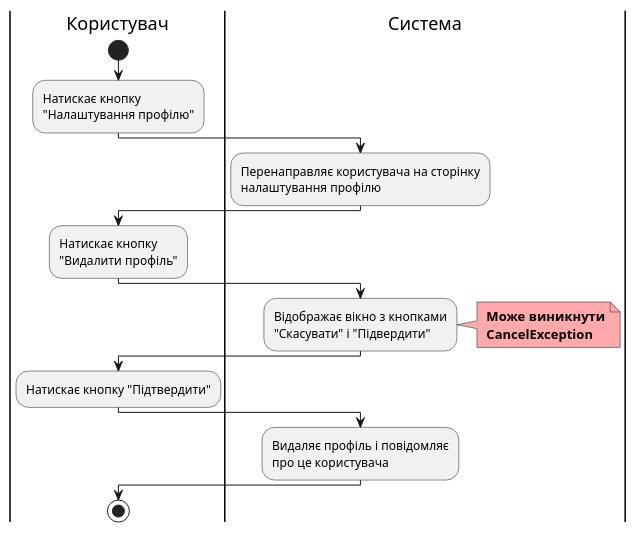
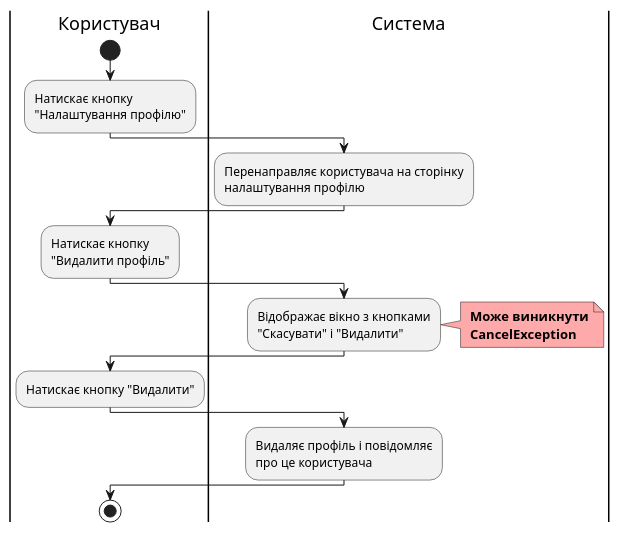
The eighth of 23 diagrams in docs/use cases/README.md (samoilenkomariia/db-coursework), drawn with PlantUML before and after one commit. The commit also changed other lines of this file, not shown here.

```diff
--- a/docs/use cases/README.md
+++ b/docs/use cases/README.md
@@ -339,29 +339,29 @@
 @startuml
 
 
     |Користувач|
       start;
         :Натискає кнопку\n"Налаштування профілю";
     |Система|
         :Перенаправляє користувача на сторінку\nналаштування профілю;
         
     |Користувач|
         :Натискає кнопку\n"Видалити профіль";
 
     |Система|
-        :Відображає вікно з кнопками\n"Скасувати" і "Підвердити";
+        :Відображає вікно з кнопками\n"Скасувати" і "Видалити";
         note right #ffaaaa
         <b> Може виникнути
         <b> CancelException
         end note
 
     |Користувач|
-        :Натискає кнопку "Підтвердити";
+        :Натискає кнопку "Видалити";
 
     |Система|
         :Видаляє профіль і повідомляє\nпро це користувача;
         
     |Користувач|
     stop;
 
 @enduml
```
